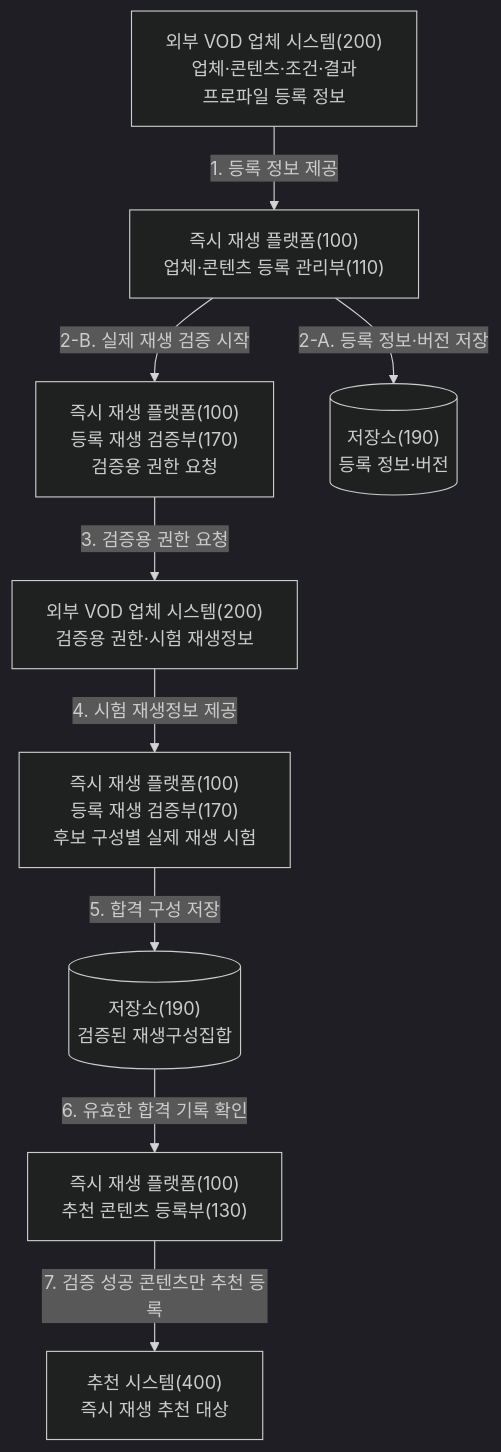
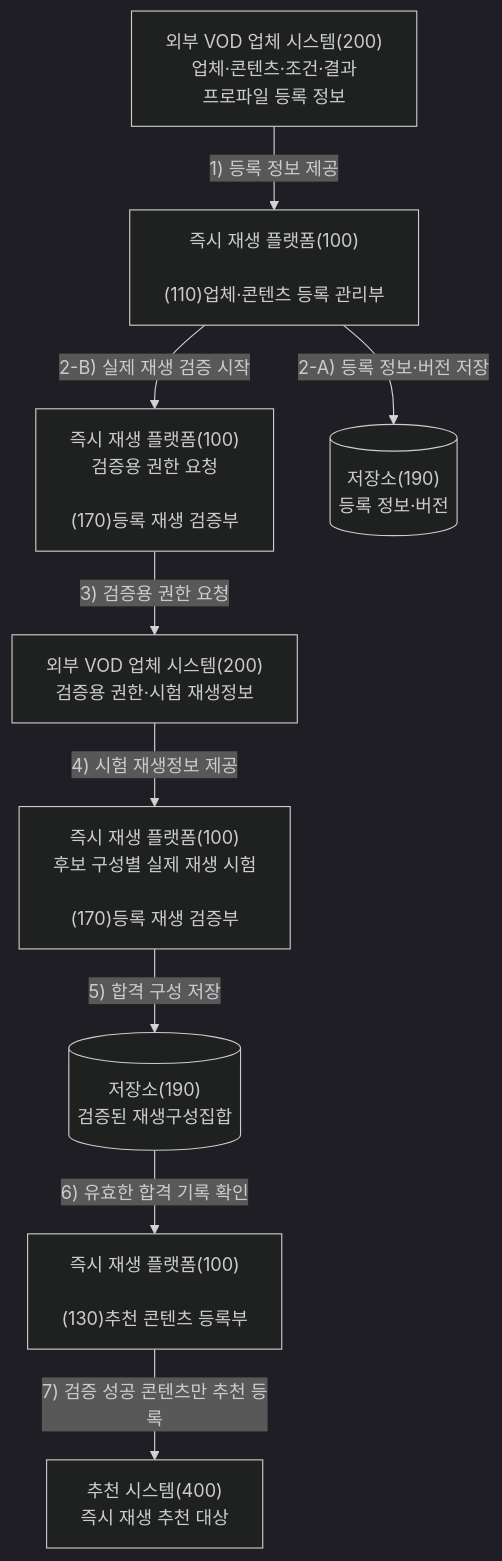
One commit to growdai1y/instant-play changed the second of 11 diagrams in instant_play_직무발명서_가독성개선본.md. Above: the diagram before and after it, drawn with Mermaid (dark theme). The commit also changed other lines of this file and 1 other file, not shown here.

Commit message:
Improve Mermaid flowchart labels

````diff
--- a/instant_play_직무발명서_가독성개선본.md
+++ b/instant_play_직무발명서_가독성개선본.md
@@ -177,21 +177,21 @@
 ```mermaid
 flowchart TB
     PREG["외부 VOD 업체 시스템(200)<br/>업체·콘텐츠·조건·결과<br/>프로파일 등록 정보"]
-    MANAGE["즉시 재생 플랫폼(100)<br/>업체·콘텐츠 등록 관리부(110)"]
-    VERIFY_REQUEST["즉시 재생 플랫폼(100)<br/>등록 재생 검증부(170)<br/>검증용 권한 요청"]
+    MANAGE["즉시 재생 플랫폼(100)<br/><br/>(110)업체·콘텐츠 등록 관리부"]
+    VERIFY_REQUEST["즉시 재생 플랫폼(100)<br/>검증용 권한 요청<br/><br/>(170)등록 재생 검증부"]
     PTEST["외부 VOD 업체 시스템(200)<br/>검증용 권한·시험 재생정보"]
-    VERIFY_RUN["즉시 재생 플랫폼(100)<br/>등록 재생 검증부(170)<br/>후보 구성별 실제 재생 시험"]
+    VERIFY_RUN["즉시 재생 플랫폼(100)<br/>후보 구성별 실제 재생 시험<br/><br/>(170)등록 재생 검증부"]
     REG_STORE[("저장소(190)<br/>등록 정보·버전")]
     VERIFIED_STORE[("저장소(190)<br/>검증된 재생구성집합")]
-    RECREG["즉시 재생 플랫폼(100)<br/>추천 콘텐츠 등록부(130)"]
+    RECREG["즉시 재생 플랫폼(100)<br/><br/>(130)추천 콘텐츠 등록부"]
     RECOMMEND["추천 시스템(400)<br/>즉시 재생 추천 대상"]
 
-    PREG -->|"1. 등록 정보 제공"| MANAGE
-    MANAGE -->|"2-A. 등록 정보·버전 저장"| REG_STORE
-    MANAGE -->|"2-B. 실제 재생 검증 시작"| VERIFY_REQUEST
-    VERIFY_REQUEST -->|"3. 검증용 권한 요청"| PTEST
-    PTEST -->|"4. 시험 재생정보 제공"| VERIFY_RUN
-    VERIFY_RUN -->|"5. 합격 구성 저장"| VERIFIED_STORE
-    VERIFIED_STORE -->|"6. 유효한 합격 기록 확인"| RECREG
-    RECREG -->|"7. 검증 성공 콘텐츠만 추천 등록"| RECOMMEND
+    PREG -->|"1) 등록 정보 제공"| MANAGE
+    MANAGE -->|"2-A) 등록 정보·버전 저장"| REG_STORE
+    MANAGE -->|"2-B) 실제 재생 검증 시작"| VERIFY_REQUEST
+    VERIFY_REQUEST -->|"3) 검증용 권한 요청"| PTEST
+    PTEST -->|"4) 시험 재생정보 제공"| VERIFY_RUN
+    VERIFY_RUN -->|"5) 합격 구성 저장"| VERIFIED_STORE
+    VERIFIED_STORE -->|"6) 유효한 합격 기록 확인"| RECREG
+    RECREG -->|"7) 검증 성공 콘텐츠만 추천 등록"| RECOMMEND
 ```
````
